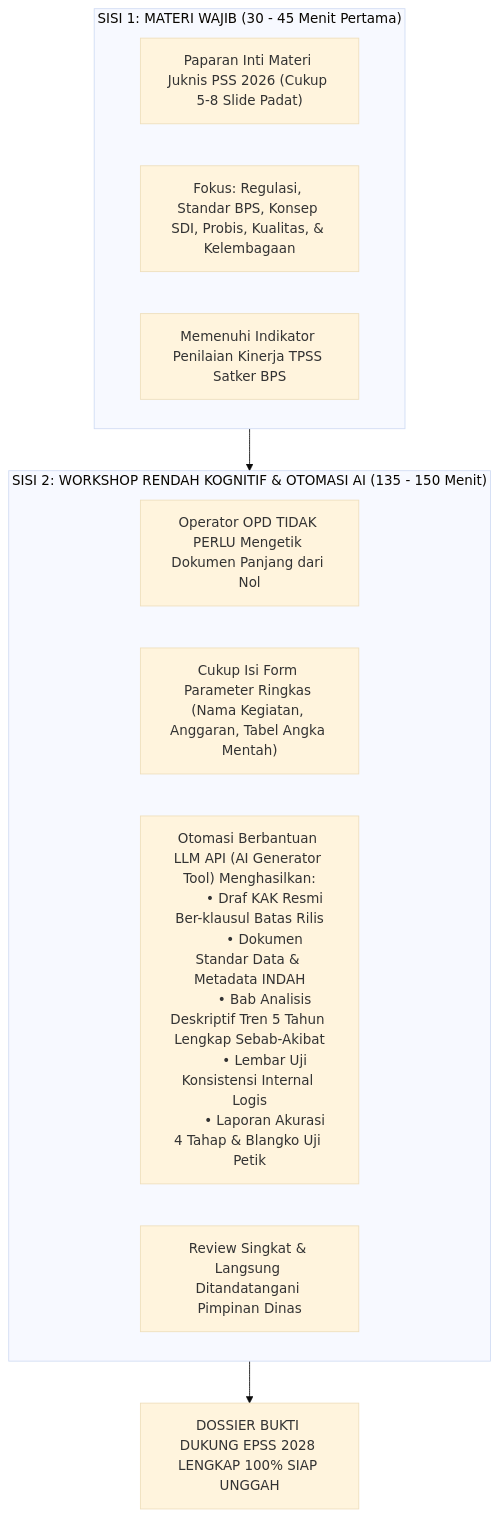
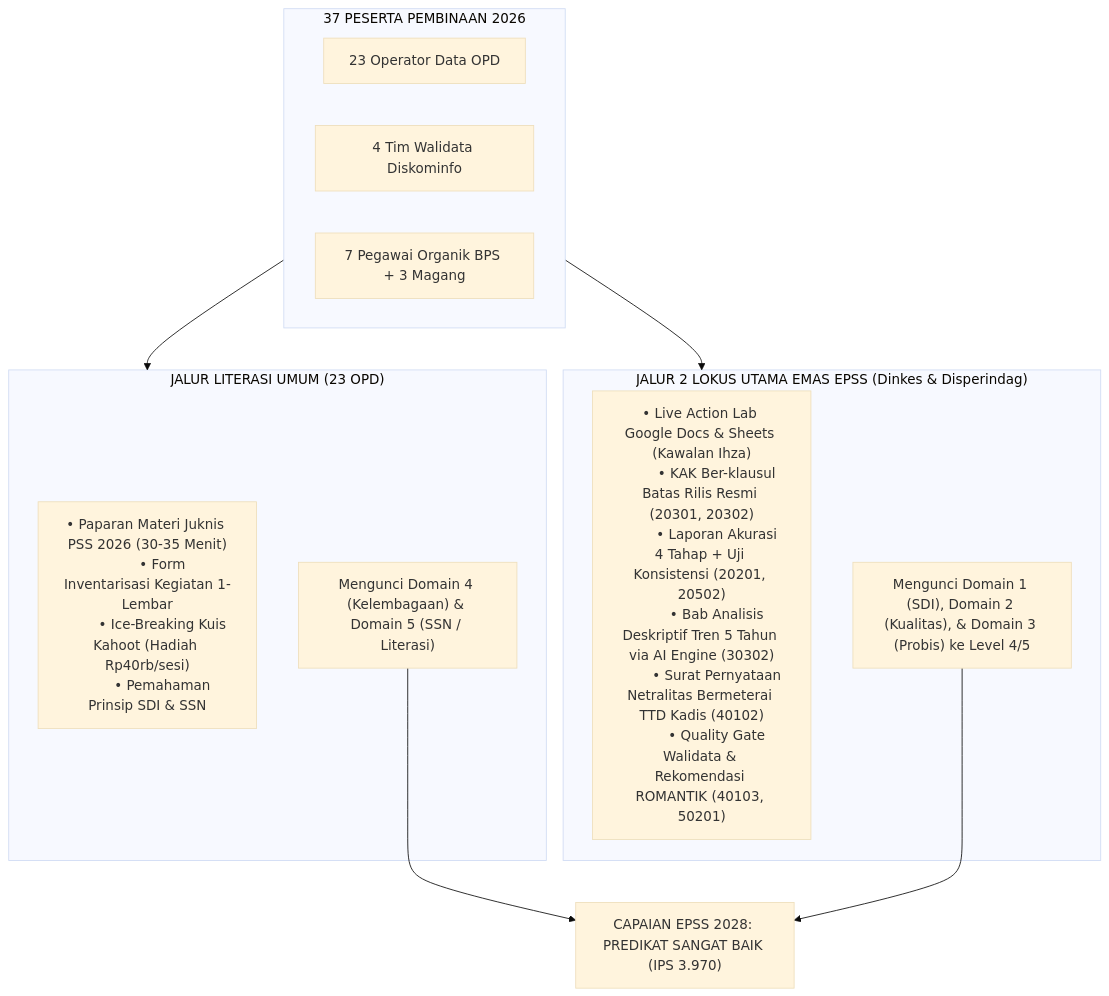
Before and after one commit to ipds6104/knowledge-base: the diagram in kegiatan/pembinaan-statistik-sektoral/2026/pertemuan/00-master-roadmap-4-pertemuan-pss2026-epss2028.md, drawn with Mermaid (base theme). The commit also changed other lines of this file and 10 other files, not shown here.

Commit message:
feat(pss): integrasikan notula rapat tim, 5 tim pendamping 23 OPD, doktrin 2 lokus utama, dan live workspace kawalan ihza

````diff
--- a/kegiatan/pembinaan-statistik-sektoral/2026/pertemuan/00-master-roadmap-4-pertemuan-pss2026-epss2028.md
+++ b/kegiatan/pembinaan-statistik-sektoral/2026/pertemuan/00-master-roadmap-4-pertemuan-pss2026-epss2028.md
@@ -21,23 +36,30 @@
 ```mermaid
 flowchart TD
-    subgraph Sisi1["SISI 1: MATERI WAJIB (30 - 45 Menit Pertama)"]
-        A1["Paparan Inti Materi Juknis PSS 2026 (Cukup 5-8 Slide Padat)"]
-        A2["Fokus: Regulasi, Standar BPS, Konsep SDI, Probis, Kualitas, & Kelembagaan"]
-        A3["Memenuhi Indikator Penilaian Kinerja TPSS Satker BPS"]
+    subgraph Peserta["37 PESERTA PEMBINAAN 2026"]
+        OPD23["23 Operator Data OPD"]
+        KOMINFO["4 Tim Walidata Diskominfo"]
+        BPS["7 Pegawai Organik BPS + 3 Magang"]
     end
 
-    subgraph Sisi2["SISI 2: WORKSHOP RENDAH KOGNITIF & OTOMASI AI (135 - 150 Menit)"]
-        B1["Operator OPD TIDAK PERLU Mengetik Dokumen Panjang dari Nol"]
-        B2["Cukup Isi Form Parameter Ringkas (Nama Kegiatan, Anggaran, Tabel Angka Mentah)"]
-        B3["Otomasi Berbantuan LLM API (AI Generator Tool) Menghasilkan:
-        • Draf KAK Resmi Ber-klausul Batas Rilis
-        • Dokumen Standar Data & Metadata INDAH
-        • Bab Analisis Deskriptif Tren 5 Tahun Lengkap Sebab-Akibat
-        • Lembar Uji Konsistensi Internal Logis
-        • Laporan Akurasi 4 Tahap & Blangko Uji Petik"]
-        B4["Review Singkat & Langsung Ditandatangani Pimpinan Dinas"]
+    subgraph Jalur1["JALUR LITERASI UMUM (23 OPD)"]
+        J1["• Paparan Materi Juknis PSS 2026 (30-35 Menit)
+        • Form Inventarisasi Kegiatan 1-Lembar
+        • Ice-Breaking Kuis Kahoot (Hadiah Rp40rb/sesi)
+        • Pemahaman Prinsip SDI & SSN"]
+        R1["Mengunci Domain 4 (Kelembagaan) & Domain 5 (SSN / Literasi)"]
     end
 
-    Sisi1 --> Sisi2
-    Sisi2 --> C["DOSSIER BUKTI DUKUNG EPSS 2028 LENGKAP 100% SIAP UNGGAH"]
+    subgraph Jalur2["JALUR 2 LOKUS UTAMA EMAS EPSS (Dinkes & Disperindag)"]
+        J2["• Live Action Lab Google Docs & Sheets (Kawalan Ihza)
+        • KAK Ber-klausul Batas Rilis Resmi (20301, 20302)
+        • Laporan Akurasi 4 Tahap + Uji Konsistensi (20201, 20502)
+        • Bab Analisis Deskriptif Tren 5 Tahun via AI Engine (30302)
+        • Surat Pernyataan Netralitas Bermeterai TTD Kadis (40102)
+        • Quality Gate Walidata & Rekomendasi ROMANTIK (40103, 50201)"]
+        R2["Mengunci Domain 1 (SDI), Domain 2 (Kualitas), & Domain 3 (Probis) ke Level 4/5"]
+    end
+
+    Peserta --> Jalur1
+    Peserta --> Jalur2
+    R1 & R2 --> TARGET["CAPAIAN EPSS 2028: PREDIKAT SANGAT BAIK (IPS 3.970)"]
 ```
````
